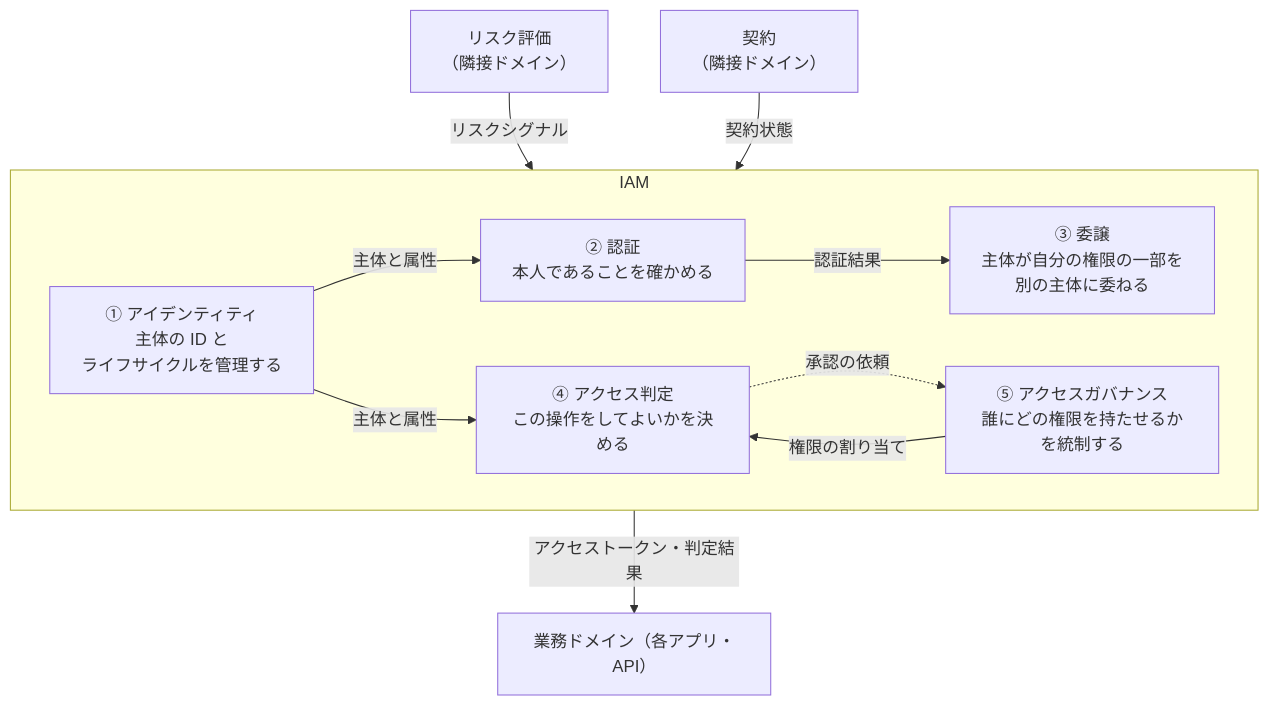
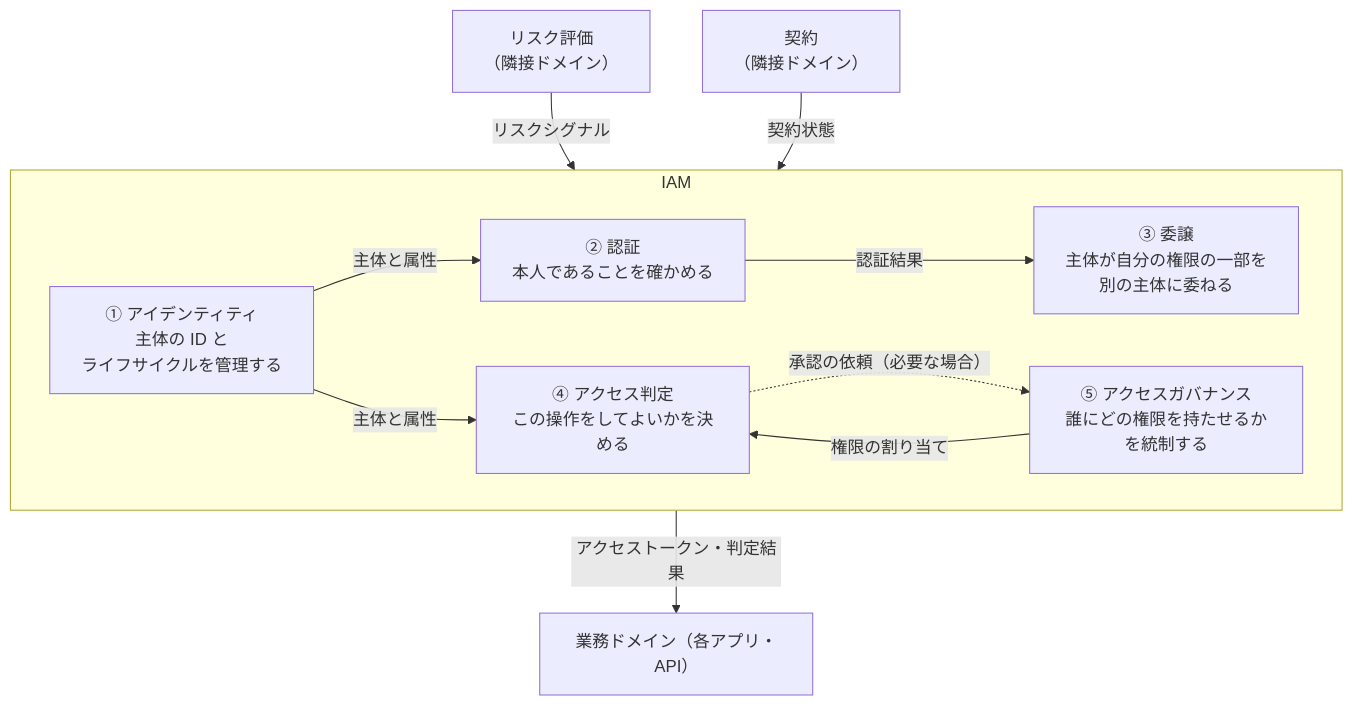
The diagram in content/ja/posts/authorization-domain-iam-subdomains.md (bmf-san/bmf-tech), drawn with Mermaid before and after one commit. The commit also changed other lines of this file and 1 other file, not shown here.

First line of the commit message:
fix: 認可の全体像の記事の図・表・まとめを本文の条件と限定に合わせる

````diff
--- a/content/ja/posts/authorization-domain-iam-subdomains.md
+++ b/content/ja/posts/authorization-domain-iam-subdomains.md
@@ -132,25 +132,25 @@
 ```mermaid
 flowchart TB
     RISK["リスク評価<br/>（隣接ドメイン）"]
     SUB["契約<br/>（隣接ドメイン）"]
 
     subgraph IAM["IAM"]
         direction LR
         ID["① アイデンティティ<br/>主体の ID と<br/>ライフサイクルを管理する"]
         AUTHN["② 認証<br/>本人であることを確かめる"]
         DEL["③ 委譲<br/>主体が自分の権限の一部を<br/>別の主体に委ねる"]
         GOV["⑤ アクセスガバナンス<br/>誰にどの権限を持たせるかを統制する"]
         POL["④ アクセス判定<br/>この操作をしてよいかを決める"]
         ID -- "主体と属性" --> AUTHN
         AUTHN -- "認証結果" --> DEL
         ID -- "主体と属性" --> POL
         GOV -- "権限の割り当て" --> POL
-        POL -. "承認の依頼" .-> GOV
+        POL -. "承認の依頼（必要な場合）" .-> GOV
     end
 
     APP["業務ドメイン（各アプリ・API）"]
 
     RISK -- "リスクシグナル" --> IAM
     SUB -- "契約状態" --> IAM
     IAM -- "アクセストークン・判定結果" --> APP
 ```
````
